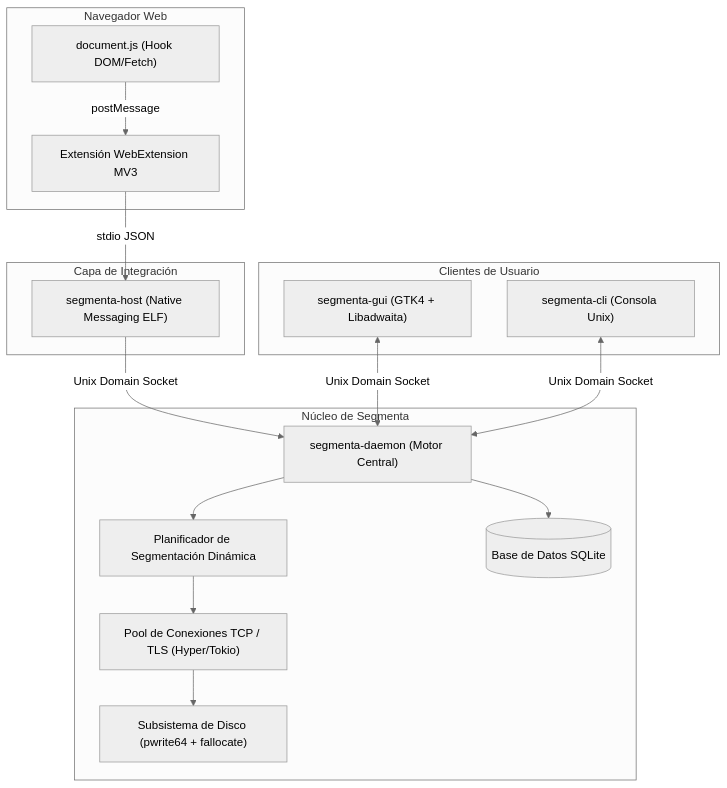
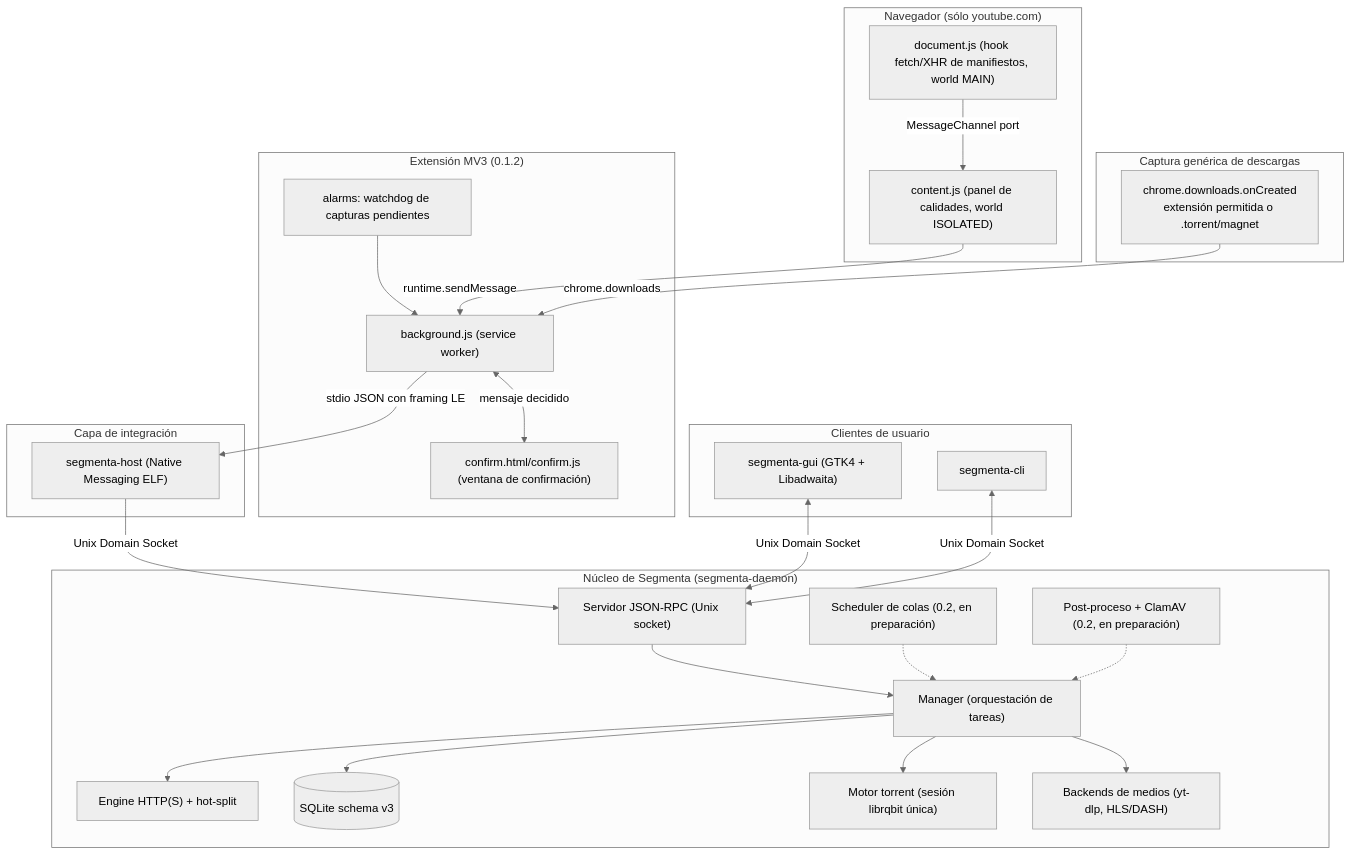
Before and after one commit to wilkin-barban/Segmenta: the diagram in docs/openspec/01-system-architecture.md, drawn with Mermaid (neutral theme). The commit also changed other lines of this file, not shown here.

First line of the commit message:
docs(openspec): bring the architecture document to the real system

````diff
--- a/docs/openspec/01-system-architecture.md
+++ b/docs/openspec/01-system-architecture.md
@@ -18,35 +32,54 @@
 ```mermaid
 flowchart TD
-    subgraph Navegador Web
-        EXT["Extensión WebExtension MV3"]
-        DOC["document.js (Hook DOM/Fetch)"]
-        DOC -->|postMessage| EXT
+    subgraph Navegador["Navegador (sólo youtube.com)"]
+        DOC["document.js (hook fetch/XHR de manifiestos, world MAIN)"]
+        CONT["content.js (panel de calidades, world ISOLATED)"]
+        DOC -->|MessageChannel port| CONT
     end
 
-    subgraph Capa de Integración
-        HOST["segmenta-host (Native Messaging ELF)"]
-        EXT -->|stdio JSON| HOST
+    subgraph Extension["Extensión MV3 (0.1.2)"]
+        BG["background.js (service worker)"]
+        CONF["confirm.html/confirm.js (ventana de confirmación)"]
+        ALARM["alarms: watchdog de capturas pendientes"]
+        BG <-->|mensaje decidido| CONF
+        ALARM --> BG
     end
 
-    subgraph Núcleo de Segmenta
-        DAEMON["segmenta-daemon (Motor Central)"]
-        SCHED["Planificador de Segmentación Dinámica"]
-        POOL["Pool de Conexiones TCP / TLS (Hyper/Tokio)"]
-        DISK["Subsistema de Disco (pwrite64 + fallocate)"]
-        DB[(Base de Datos SQLite)]
-        
-        DAEMON --> SCHED
-        SCHED --> POOL
-        POOL --> DISK
-        DAEMON --> DB
+    subgraph Descargas["Captura genérica de descargas"]
+        DL["chrome.downloads.onCreated<br/>extensión permitida o .torrent/magnet"]
     end
 
-    subgraph Clientes de Usuario
-        GUI["segmenta-gui (GTK4 + Libadwaita)"]
-        CLI["segmenta-cli (Consola Unix)"]
+    subgraph Integracion["Capa de integración"]
+        HOST["segmenta-host (Native Messaging ELF)"]
     end
 
-    HOST -->|Unix Domain Socket| DAEMON
-    GUI <-->|Unix Domain Socket| DAEMON
-    CLI <-->|Unix Domain Socket| DAEMON
+    subgraph Nucleo["Núcleo de Segmenta (segmenta-daemon)"]
+        RPC["Servidor JSON-RPC (Unix socket)"]
+        MAN["Manager (orquestación de tareas)"]
+        ENG["Engine HTTP(S) + hot-split"]
+        STORE[("SQLite schema v3")]
+        TOR["Motor torrent (sesión librqbit única)"]
+        MEDIA["Backends de medios (yt-dlp, HLS/DASH)"]
+        SCHED["Scheduler de colas (0.2, en preparación)"]
+        POST["Post-proceso + ClamAV (0.2, en preparación)"]
+        RPC --> MAN
+        MAN --> ENG
+        MAN --> TOR
+        MAN --> MEDIA
+        MAN --> STORE
+        SCHED -.-> MAN
+        POST -.-> MAN
+    end
+
+    subgraph Clientes["Clientes de usuario"]
+        GUI["segmenta-gui (GTK4 + Libadwaita)"]
+        CLI["segmenta-cli"]
+    end
+
+    CONT -->|runtime.sendMessage| BG
+    DL -->|chrome.downloads| BG
+    BG -->|stdio JSON con framing LE| HOST
+    HOST -->|Unix Domain Socket| RPC
+    GUI <-->|Unix Domain Socket| RPC
+    CLI <-->|Unix Domain Socket| RPC
 ```
````
